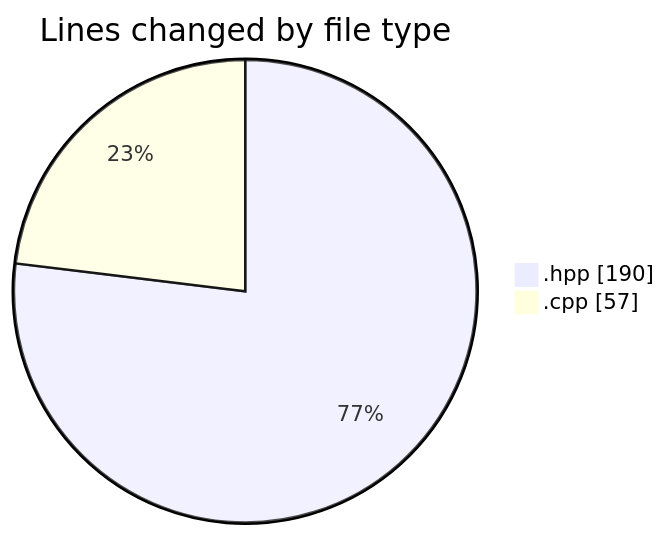
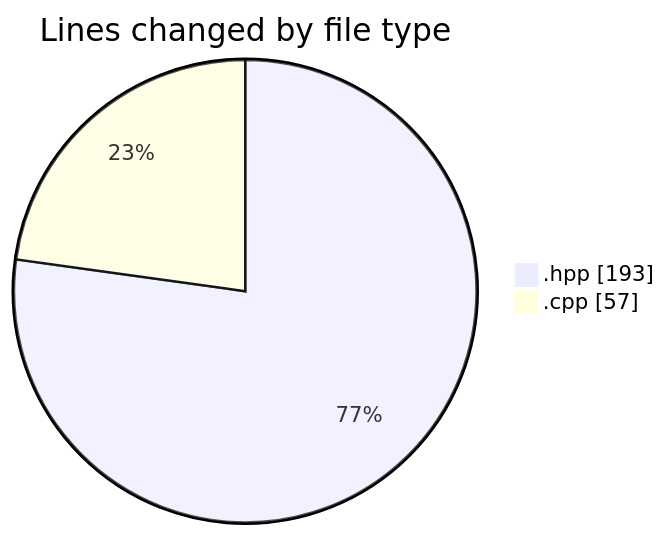
One commit to Netris89/code-tracking changed the first of 2 diagrams in 2025-05-03/date/README.md. Above: the diagram before and after it, drawn with Mermaid. The commit also changed other lines of this file and 1 other file, not shown here.

````diff
--- a/2025-05-03/date/README.md
+++ b/2025-05-03/date/README.md
@@ -27,6 +27,6 @@
 ```mermaid
 pie showData
 title Lines changed by file type
-".hpp" : 190
+".hpp" : 193
 ".cpp" : 57
 ```
````
